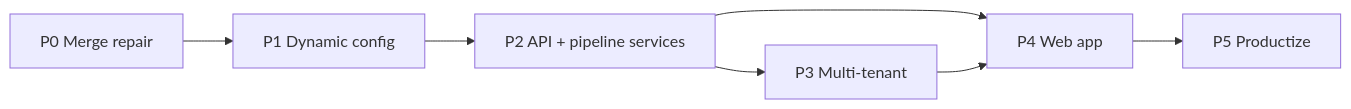
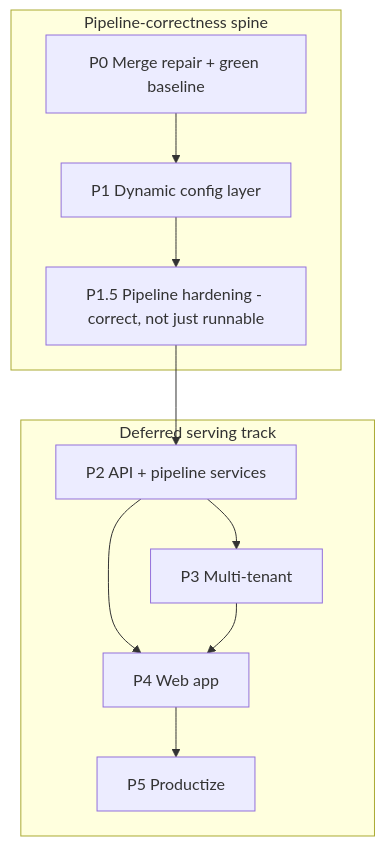
One commit to noah-sheldon/contentforge changed the fourth of 4 diagrams in .qwen/plans/plan.md. Above: the diagram before and after it, drawn with Mermaid. The commit also changed other lines of this file, not shown here.

First line of the commit message:
docs(plan): pipeline-correctness spine first, serving deferred

````diff
--- a/.qwen/plans/plan.md
+++ b/.qwen/plans/plan.md
@@ -127,9 +143,14 @@
 ```mermaid
-flowchart LR
-    P0[P0 Merge repair] --> P1[P1 Dynamic config]
-    P1 --> P2[P2 API + pipeline services]
-    P2 --> P3[P3 Multi-tenant]
-    P2 --> P4[P4 Web app]
-    P3 --> P4
-    P4 --> P5[P5 Productize]
+flowchart TD
+    subgraph CORE[Pipeline-correctness spine]
+        P0[P0 Merge repair + green baseline] --> P1[P1 Dynamic config layer]
+        P1 --> P15[P1.5 Pipeline hardening - correct, not just runnable]
+    end
+    subgraph SERVE[Deferred serving track]
+        P15 --> P2[P2 API + pipeline services]
+        P2 --> P3[P3 Multi-tenant]
+        P2 --> P4[P4 Web app]
+        P3 --> P4
+        P4 --> P5[P5 Productize]
+    end
 ```
````
